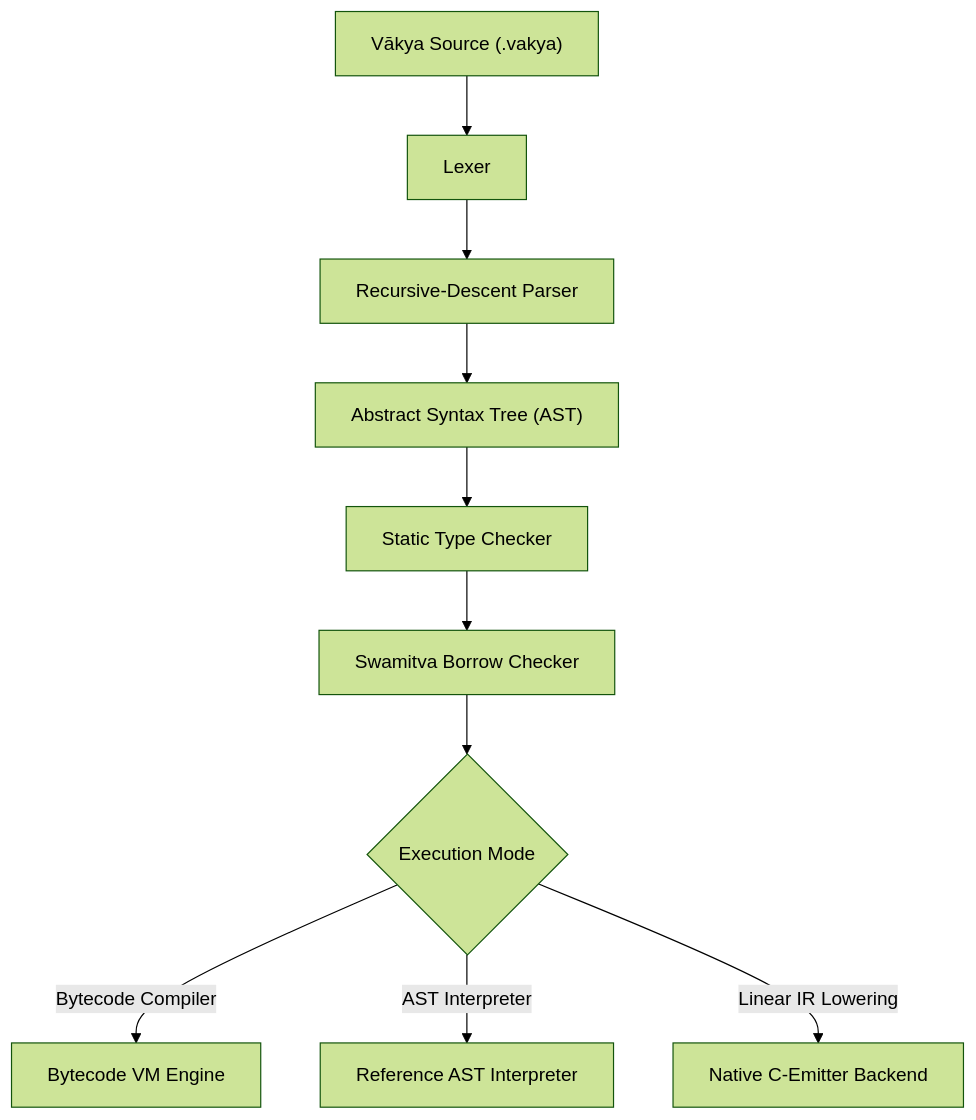
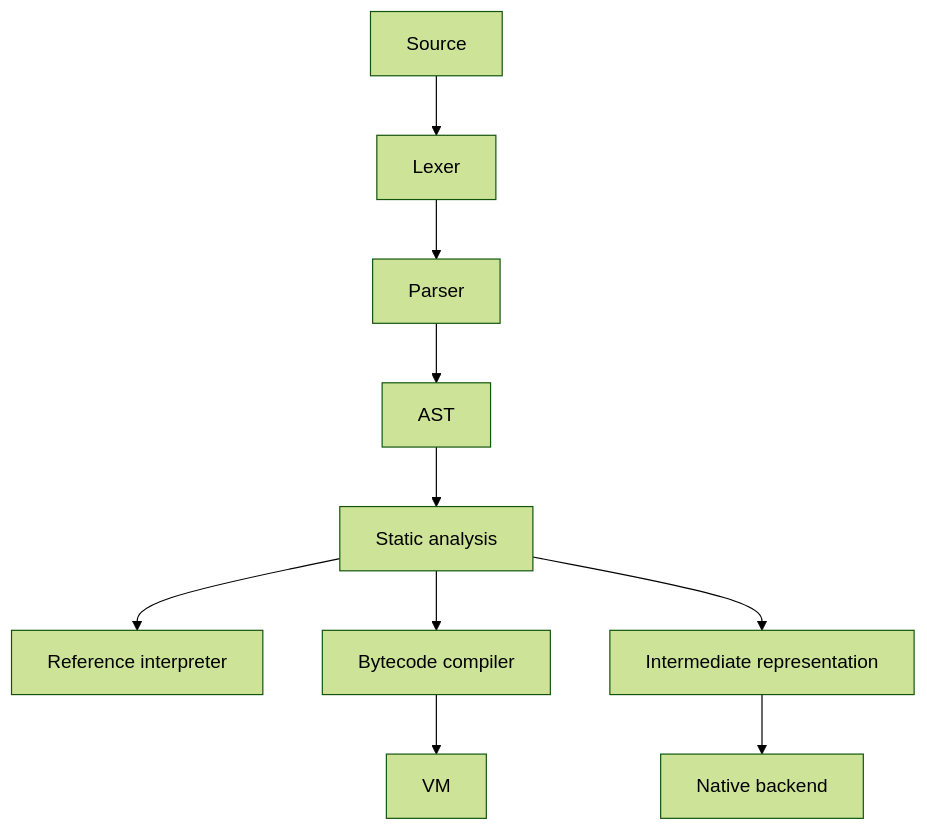
Before and after one commit to b7662777-hash/vakya-programming-language: the diagram in README.md, drawn with Mermaid (forest theme). The commit also changed other lines of this file, not shown here.

Commit message:
docs: clarify Vakya setup, provenance, and verification

````diff
--- a/README.md
+++ b/README.md
@@ -114,14 +79,12 @@
 ```mermaid
 flowchart TD
-    Source["Vākya Source (.vakya)"] --> Lexer["Lexer"]
-    Lexer --> Parser["Recursive-Descent Parser"]
-    Parser --> AST["Abstract Syntax Tree (AST)"]
-    AST --> TypeChecker["Static Type Checker"]
-    TypeChecker --> BorrowChecker["Swamitva Borrow Checker"]
-    
-    BorrowChecker --> Target{"Execution Mode"}
-    
-    Target -->|Bytecode Compiler| Bytecode["Bytecode VM Engine"]
-    Target -->|AST Interpreter| Interpreter["Reference AST Interpreter"]
-    Target -->|Linear IR Lowering| Native["Native C-Emitter Backend"]
+    Source["Source"] --> Lexer["Lexer"]
+    Lexer --> Parser["Parser"]
+    Parser --> AST["AST"]
+    AST --> Analysis["Static analysis"]
+    Analysis --> Interpreter["Reference interpreter"]
+    Analysis --> Bytecode["Bytecode compiler"]
+    Bytecode --> VM["VM"]
+    Analysis --> IR["Intermediate representation"]
+    IR --> Native["Native backend"]
 ```
````
